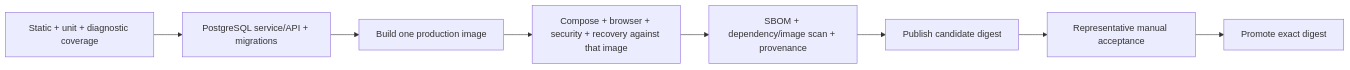
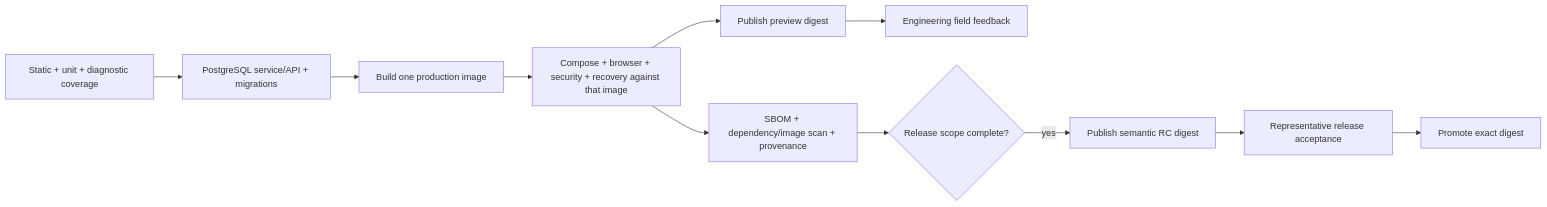
One commit to tomlawesome/orbit changed the diagram in docs/quality-strategy.md. Above: the diagram before and after it, drawn with Mermaid. The commit also changed other lines of this file and 12 other files, not shown here.

````diff
--- a/docs/quality-strategy.md
+++ b/docs/quality-strategy.md
@@ -83,13 +85,19 @@
 ```mermaid
 flowchart LR
     fast["Static + unit + diagnostic coverage"]
     integration["PostgreSQL service/API + migrations"]
     build["Build one production image"]
     system["Compose + browser + security + recovery against that image"]
     supply["SBOM + dependency/image scan + provenance"]
-    candidate["Publish candidate digest"]
-    manual["Representative manual acceptance"]
+    preview["Publish preview digest"]
+    feedback["Engineering field feedback"]
+    ready{"Release scope complete?"}
+    candidate["Publish semantic RC digest"]
+    manual["Representative release acceptance"]
     promote["Promote exact digest"]
 
-    fast --> integration --> build --> system --> supply --> candidate --> manual --> promote
+    fast --> integration --> build --> system
+    system --> preview --> feedback
+    system --> supply --> ready
+    ready -->|"yes"| candidate --> manual --> promote
 ```
````
